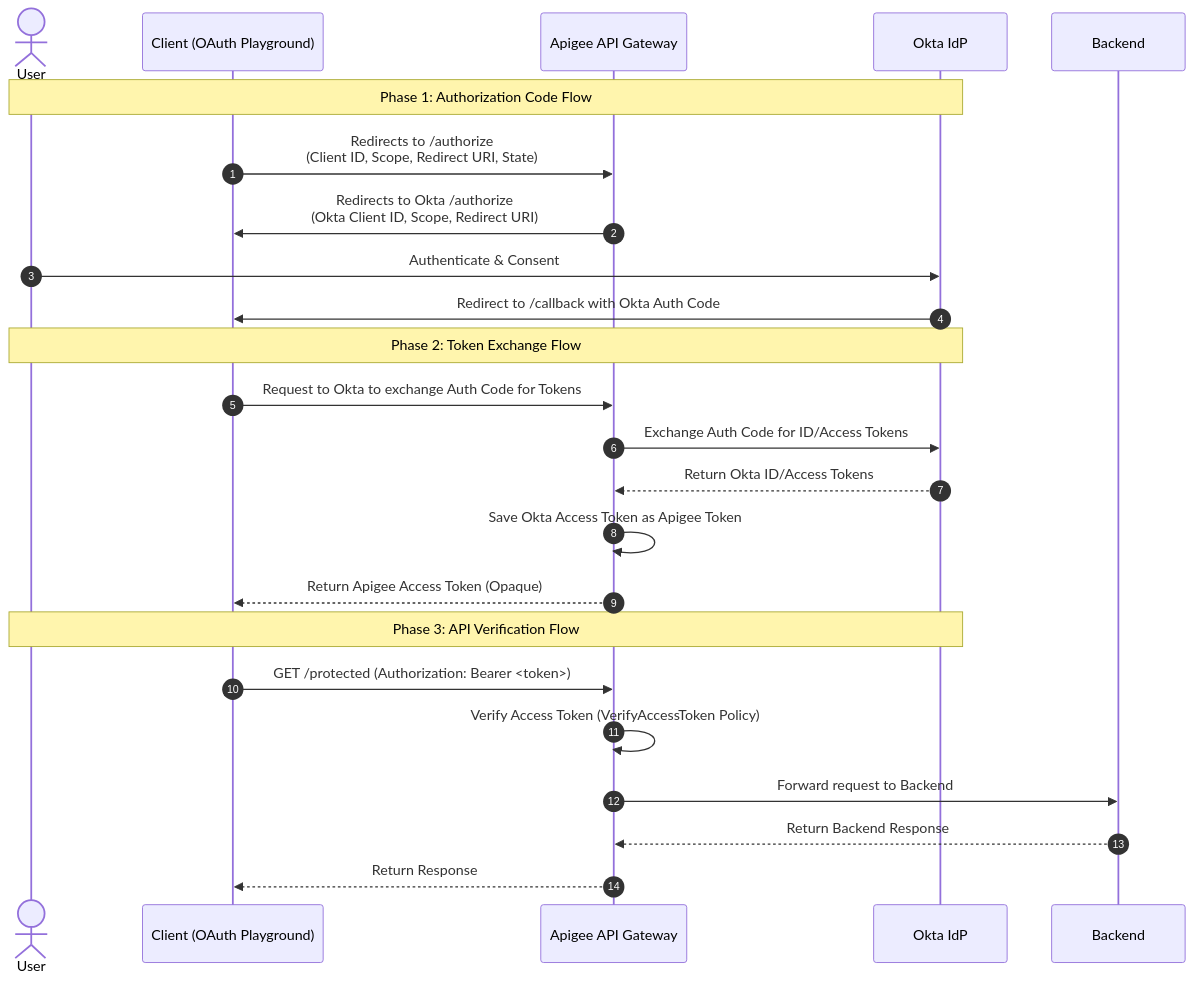
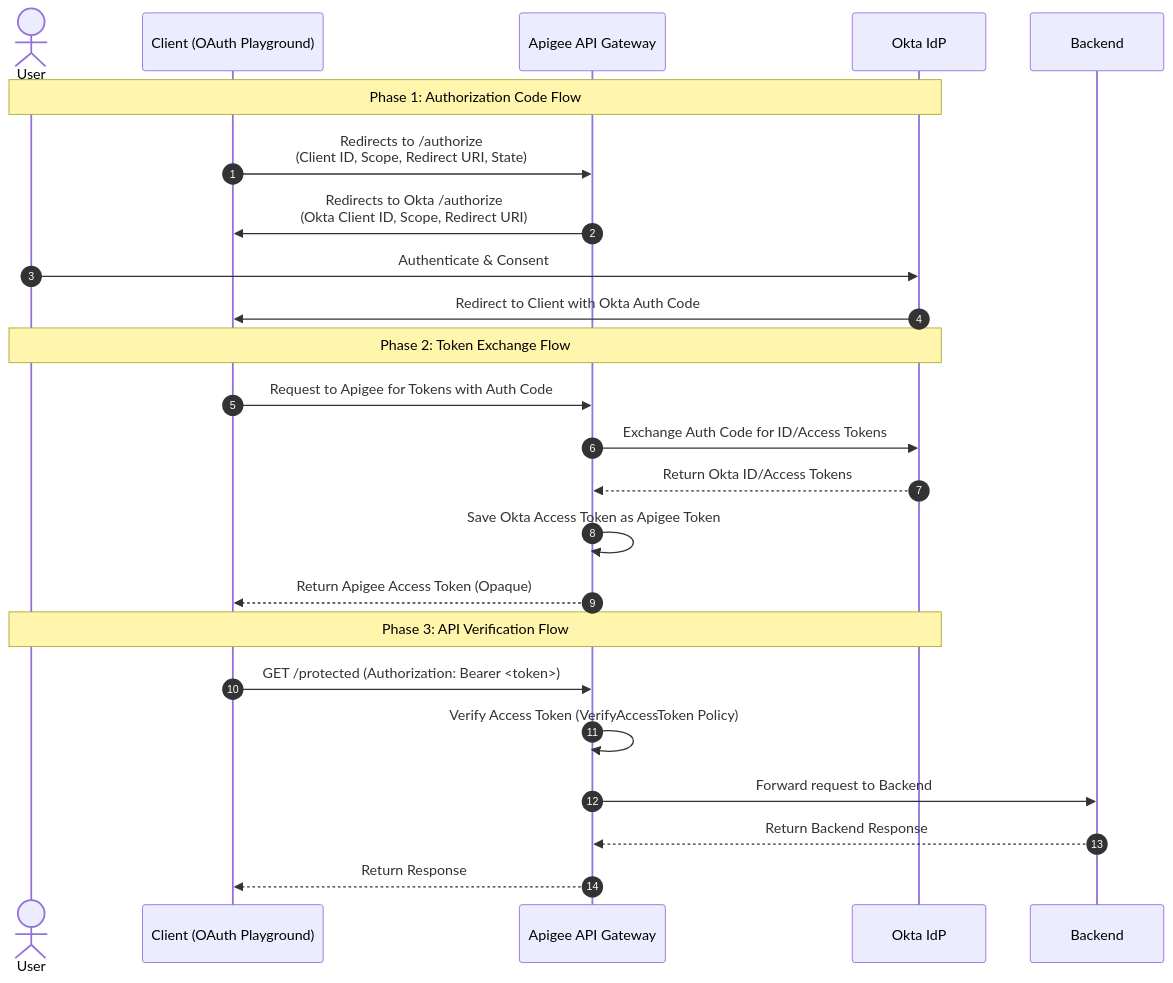
Before and after one commit to cbhong-ops/apigee-oidc-okta: the diagram in README.md, drawn with Mermaid. The commit also changed other lines of this file and 21 other files, not shown here.

````diff
--- a/README.md
+++ b/README.md
@@ -15,28 +17,28 @@
 ```mermaid
 sequenceDiagram
     autonumber
     actor User
     participant Client as Client (OAuth Playground)
     participant Apigee as Apigee API Gateway
     participant Okta as Okta IdP
 
     Note over User, Okta: Phase 1: Authorization Code Flow
     Client->>Apigee: Redirects to /authorize<br/>(Client ID, Scope, Redirect URI, State)
     Apigee->>Client: Redirects to Okta /authorize<br/>(Okta Client ID, Scope, Redirect URI)
     User->>Okta: Authenticate & Consent
-    Okta->>Client: Redirect to /callback with Okta Auth Code
+    Okta->>Client: Redirect to Client with Okta Auth Code
 
     Note over User, Okta: Phase 2: Token Exchange Flow
-    Client->>Apigee: Request to Okta to exchange Auth Code for Tokens
+    Client->>Apigee: Request to Apigee for Tokens with Auth Code
     Apigee->>Okta: Exchange Auth Code for ID/Access Tokens 
     Okta-->>Apigee: Return Okta ID/Access Tokens
     Apigee->>Apigee: Save Okta Access Token as Apigee Token
     Apigee-->>Client: Return Apigee Access Token (Opaque)
 
     Note over User, Okta: Phase 3: API Verification Flow
     Client->>Apigee: GET /protected (Authorization: Bearer <token>)
     Apigee->>Apigee: Verify Access Token (VerifyAccessToken Policy)
     Apigee->>Backend: Forward request to Backend
     Backend-->>Apigee: Return Backend Response
     Apigee-->>Client: Return Response
 ```
````
